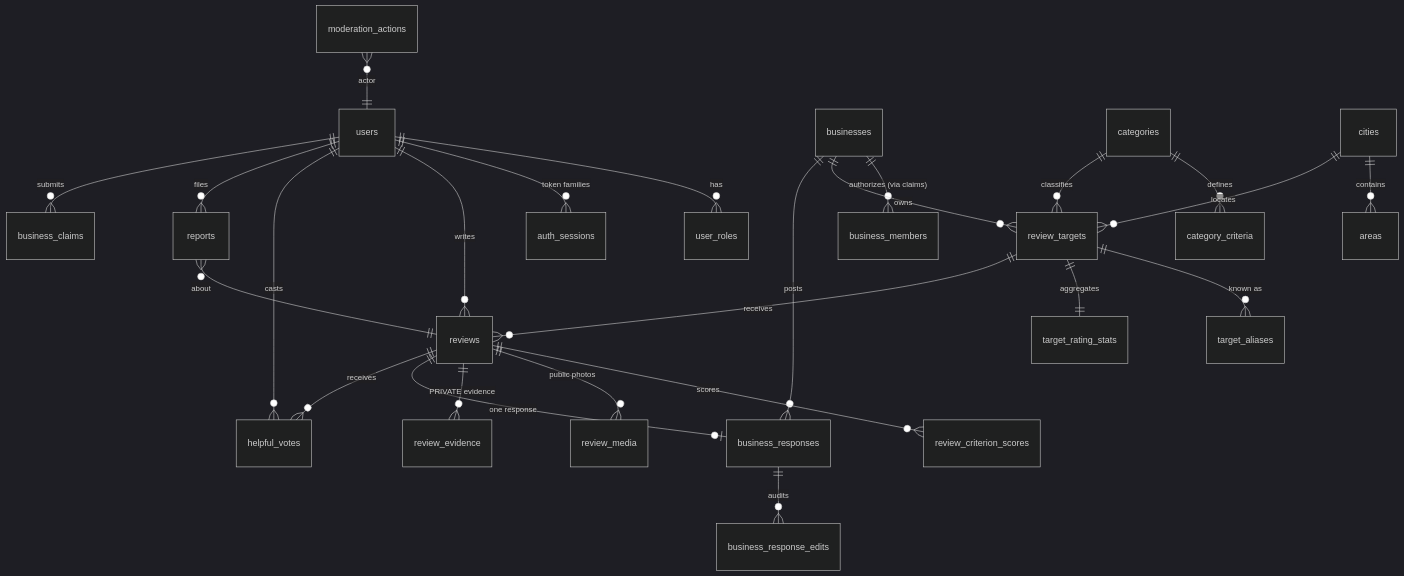
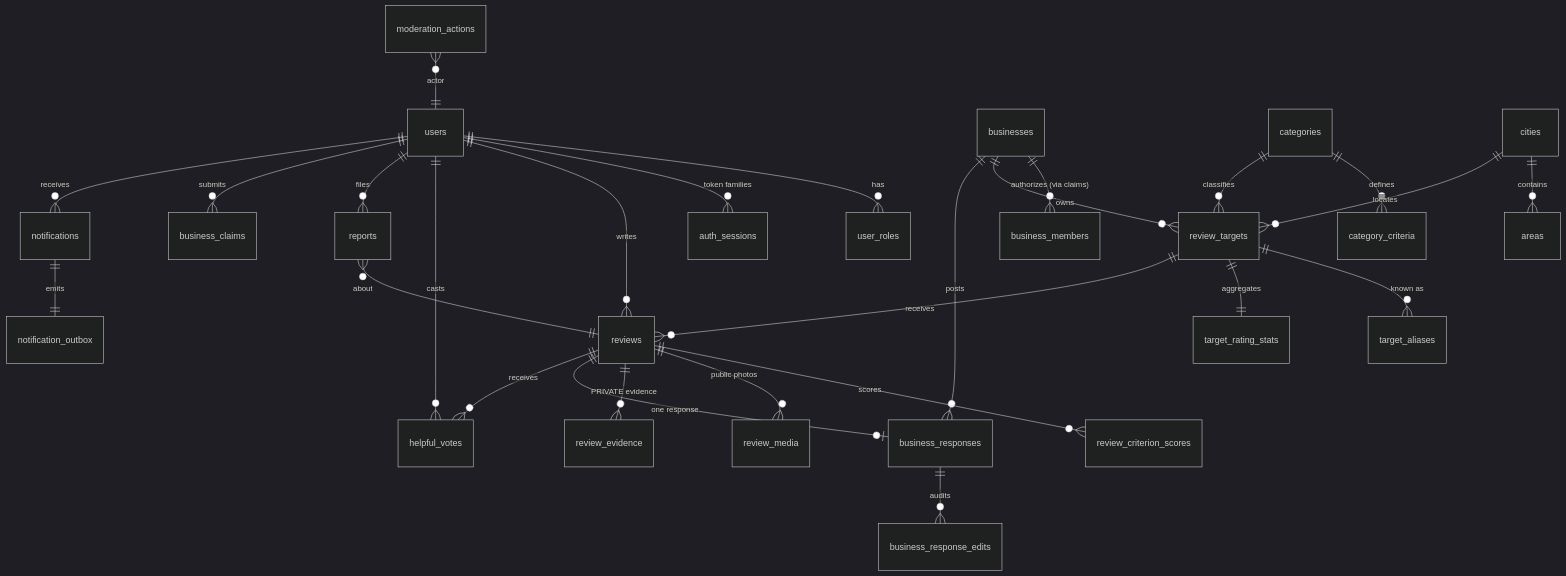
The seventh of 7 diagrams in docs/architecture.md (amanuelmr/adera), drawn with Mermaid (dark theme) before and after one commit. The commit also changed other lines of this file and 13 other files, not shown here.

````diff
--- a/docs/architecture.md
+++ b/docs/architecture.md
@@ -142,27 +166,29 @@
 ```mermaid
 erDiagram
     users ||--o{ user_roles : has
     users ||--o{ auth_sessions : "token families"
     users ||--o{ reviews : writes
     users ||--o{ helpful_votes : casts
     users ||--o{ reports : files
     users ||--o{ business_claims : submits
+    users ||--o{ notifications : receives
+    notifications ||--|| notification_outbox : emits
     businesses ||--o{ business_members : "authorizes (via claims)"
     businesses ||--o{ review_targets : owns
     businesses ||--o{ business_responses : posts
     categories ||--o{ category_criteria : defines
     categories ||--o{ review_targets : classifies
     cities ||--o{ areas : contains
     cities ||--o{ review_targets : locates
     review_targets ||--o{ target_aliases : "known as"
     review_targets ||--|| target_rating_stats : aggregates
     review_targets ||--o{ reviews : receives
     reviews ||--o{ review_criterion_scores : scores
     reviews ||--o{ review_media : "public photos"
     reviews ||--o{ review_evidence : "PRIVATE evidence"
     reviews ||--o| business_responses : "one response"
     reviews ||--o{ helpful_votes : receives
     business_responses ||--o{ business_response_edits : audits
     reports }o--|| reviews : about
     moderation_actions }o--|| users : "actor"
 ```
````
